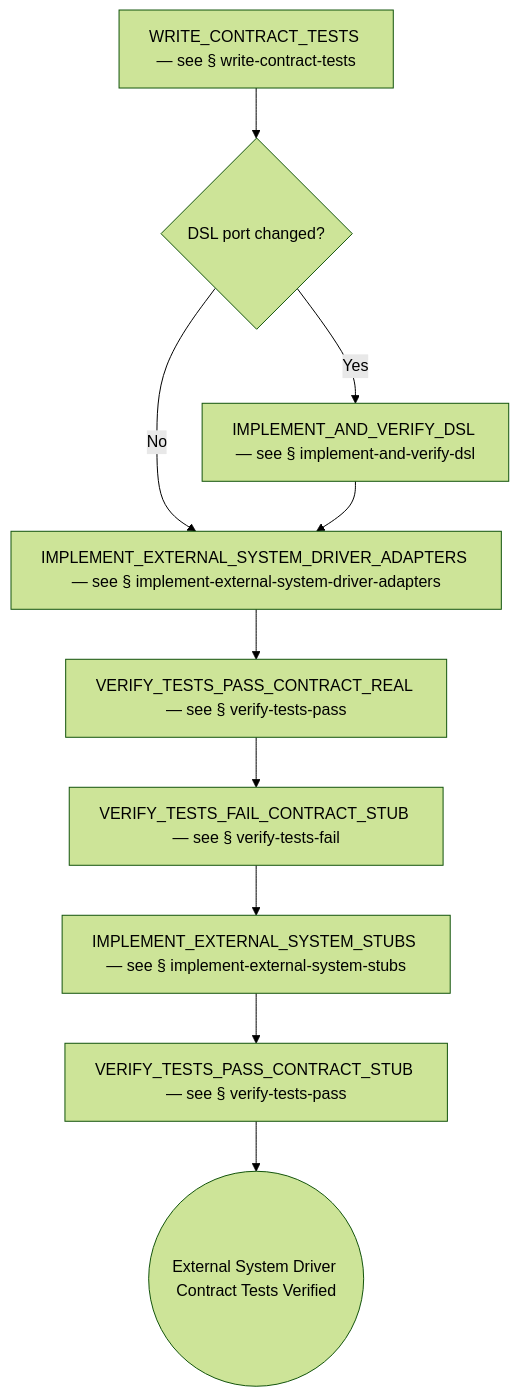
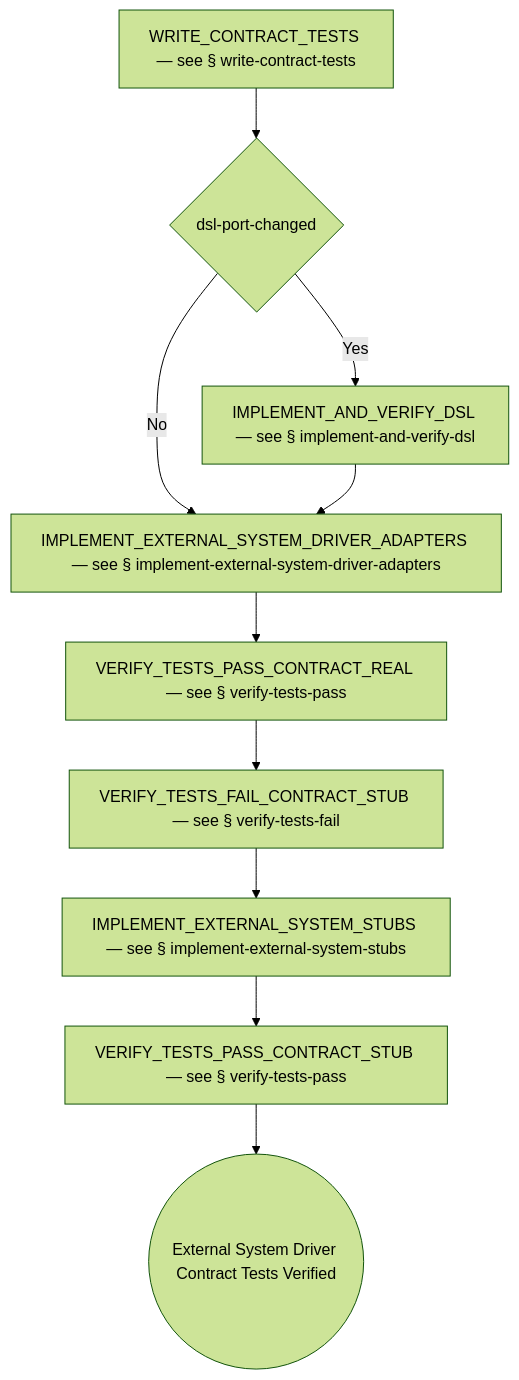
One commit to optivem/gh-optivem changed diagram 20 of 50 in docs/process-diagram.md. Above: the diagram before and after it, drawn with Mermaid (forest theme). The commit also changed other lines of this file and 3 other files, not shown here.

````diff
--- a/docs/process-diagram.md
+++ b/docs/process-diagram.md
@@ -416,22 +416,22 @@
 ```mermaid
 flowchart TD
-    GATE_DSL_PORT_CHANGED{DSL port changed?}
+    GATE_DSL_PORT_CHANGED{dsl-port-changed}
     IMPLEMENT_AND_VERIFY_DSL[IMPLEMENT_AND_VERIFY_DSL — see § implement-and-verify-dsl]
     IMPLEMENT_EXTERNAL_SYSTEM_DRIVER_ADAPTERS[IMPLEMENT_EXTERNAL_SYSTEM_DRIVER_ADAPTERS — see § implement-external-system-driver-adapters]
     IMPLEMENT_EXTERNAL_SYSTEM_STUBS[IMPLEMENT_EXTERNAL_SYSTEM_STUBS — see § implement-external-system-stubs]
     IMPL_EXT_DRIVER_CT_END((External System Driver Contract Tests Verified))
     VERIFY_TESTS_FAIL_CONTRACT_STUB[VERIFY_TESTS_FAIL_CONTRACT_STUB — see § verify-tests-fail]
     VERIFY_TESTS_PASS_CONTRACT_REAL[VERIFY_TESTS_PASS_CONTRACT_REAL — see § verify-tests-pass]
     VERIFY_TESTS_PASS_CONTRACT_STUB[VERIFY_TESTS_PASS_CONTRACT_STUB — see § verify-tests-pass]
     WRITE_CONTRACT_TESTS[WRITE_CONTRACT_TESTS — see § write-contract-tests]
 
     WRITE_CONTRACT_TESTS --> GATE_DSL_PORT_CHANGED
     GATE_DSL_PORT_CHANGED -- Yes --> IMPLEMENT_AND_VERIFY_DSL
     GATE_DSL_PORT_CHANGED -- No --> IMPLEMENT_EXTERNAL_SYSTEM_DRIVER_ADAPTERS
     IMPLEMENT_AND_VERIFY_DSL --> IMPLEMENT_EXTERNAL_SYSTEM_DRIVER_ADAPTERS
     IMPLEMENT_EXTERNAL_SYSTEM_DRIVER_ADAPTERS --> VERIFY_TESTS_PASS_CONTRACT_REAL
     VERIFY_TESTS_PASS_CONTRACT_REAL --> VERIFY_TESTS_FAIL_CONTRACT_STUB
     VERIFY_TESTS_FAIL_CONTRACT_STUB --> IMPLEMENT_EXTERNAL_SYSTEM_STUBS
     IMPLEMENT_EXTERNAL_SYSTEM_STUBS --> VERIFY_TESTS_PASS_CONTRACT_STUB
     VERIFY_TESTS_PASS_CONTRACT_STUB --> IMPL_EXT_DRIVER_CT_END
 ```
````
